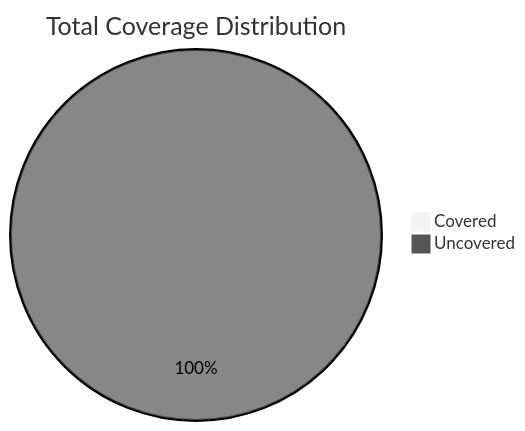
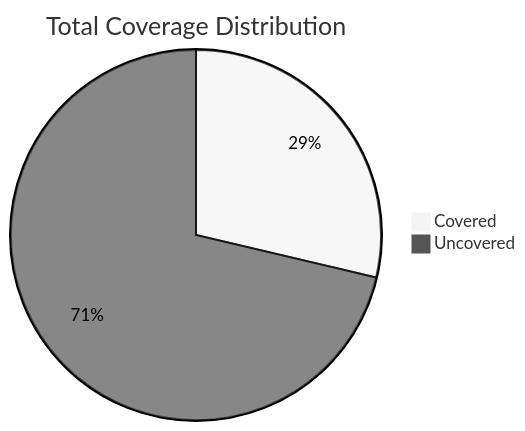
One commit to nurdwerks/jules-gemini3-chess-engine changed the sixth of 6 diagrams in COVERAGE_REPORT.md. Above: the diagram before and after it, drawn with Mermaid (neutral theme). The commit also changed other lines of this file and 9 other files, not shown here.

````diff
--- a/COVERAGE_REPORT.md
+++ b/COVERAGE_REPORT.md
@@ -497,5 +830,5 @@
 ```mermaid
 pie title Total Coverage Distribution
-    "Covered" : 0
-    "Uncovered" : 100.00
+    "Covered" : 28.69
+    "Uncovered" : 71.31
 ```
````
